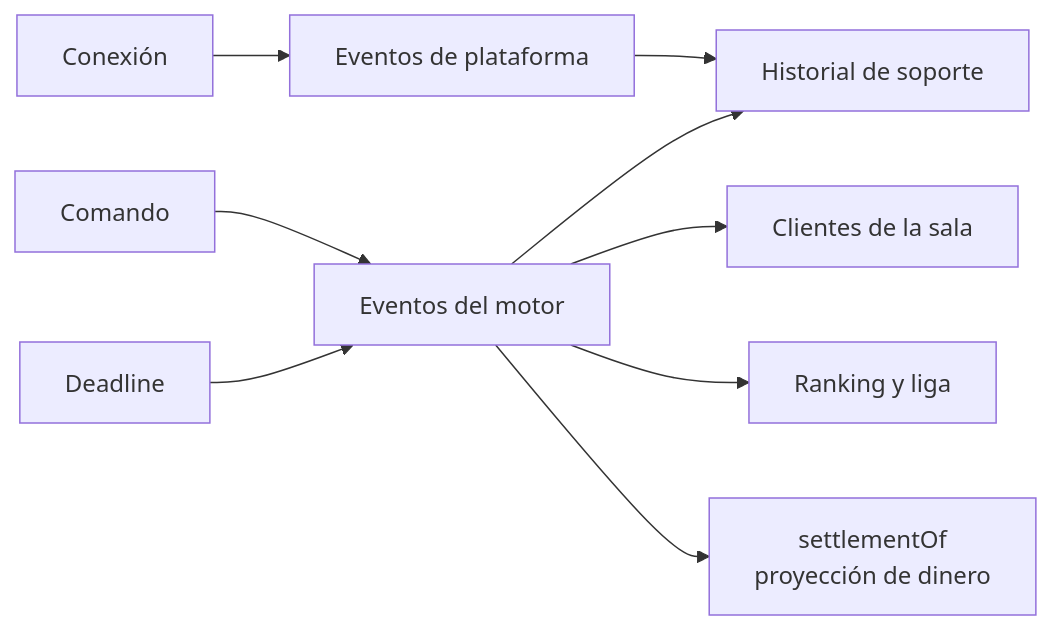
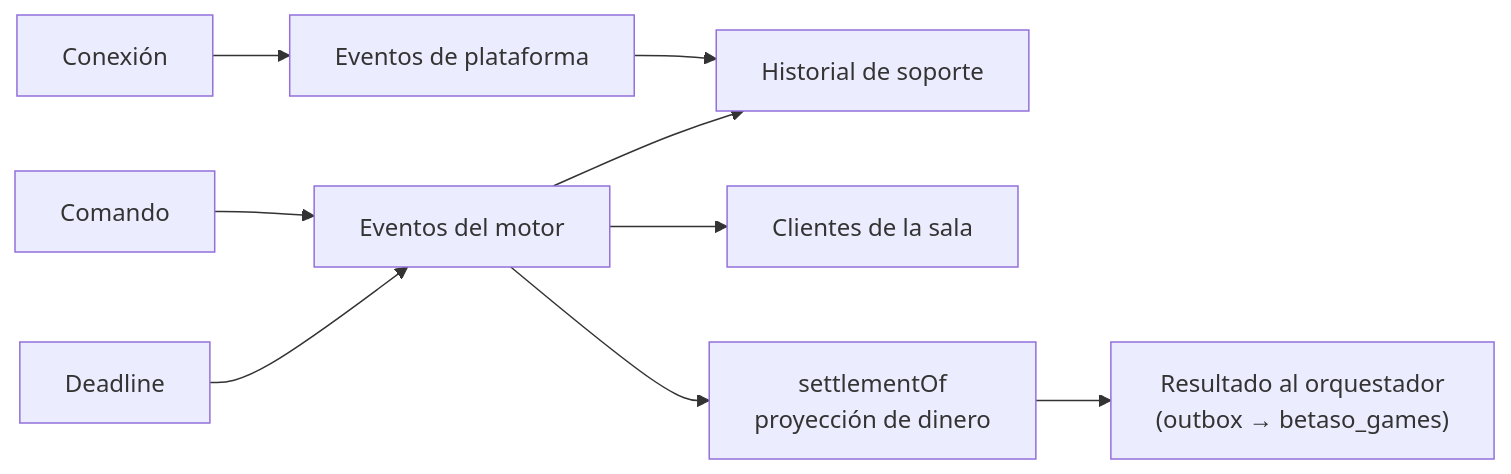
The diagram in docs/api-y-mensajes.md (Betaso-Team/domino-backend-v2), drawn with Mermaid before and after one commit. The commit also changed other lines of this file and 175 other files, not shown here.

````diff
--- a/docs/api-y-mensajes.md
+++ b/docs/api-y-mensajes.md
@@ -141,11 +143,11 @@
 ```mermaid
 flowchart LR
   Command["Comando"] --> Domain["Eventos del motor"]
   Timer["Deadline"] --> Domain
   Socket["Conexión"] --> Platform["Eventos de plataforma"]
   Domain --> History["Historial de soporte"]
   Platform --> History
   Domain --> Clients["Clientes de la sala"]
-  Domain --> Standing["Ranking y liga"]
   Domain --> Settlement["settlementOf\nproyección de dinero"]
+  Settlement --> Result["Resultado al orquestador\n(outbox → betaso_games)"]
 ```
````
